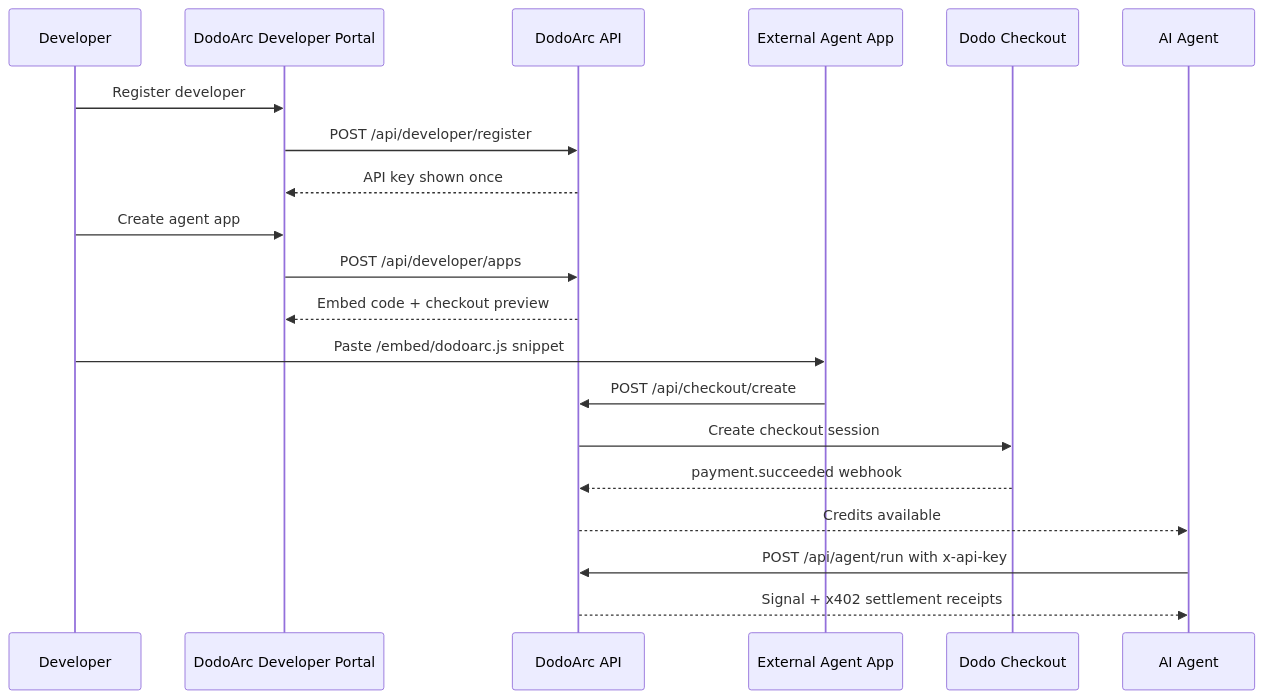
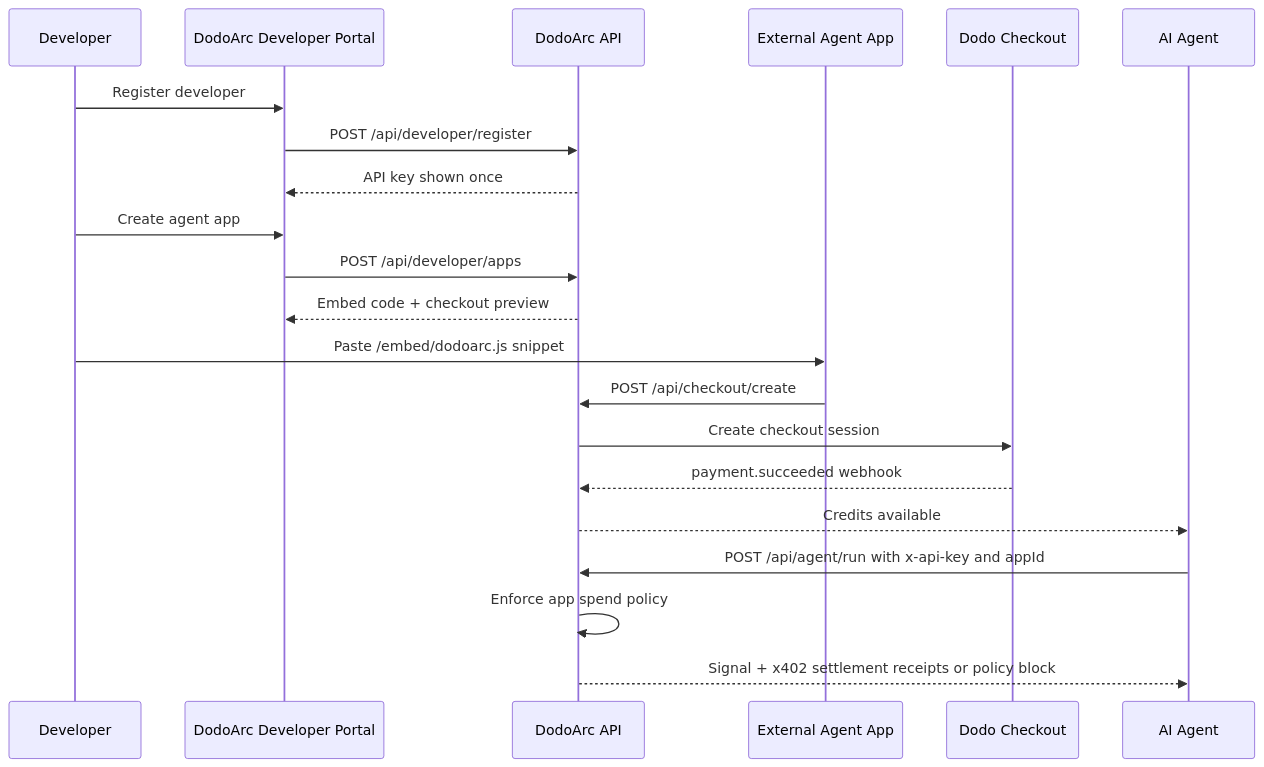
One commit to ShivamSoni20/DodoArc changed the third of 5 diagrams in README.md. Above: the diagram before and after it, drawn with Mermaid. The commit also changed other lines of this file and 20 other files, not shown here.

Commit message:
fix: preserve real subscriber data in dashboard flows

````diff
--- a/README.md
+++ b/README.md
@@ -211,23 +229,24 @@
 ```mermaid
 sequenceDiagram
     participant Dev as Developer
     participant Portal as DodoArc Developer Portal
     participant API as DodoArc API
     participant Site as External Agent App
     participant Dodo as Dodo Checkout
     participant Agent as AI Agent
 
     Dev->>Portal: Register developer
     Portal->>API: POST /api/developer/register
     API-->>Portal: API key shown once
     Dev->>Portal: Create agent app
     Portal->>API: POST /api/developer/apps
     API-->>Portal: Embed code + checkout preview
     Dev->>Site: Paste /embed/dodoarc.js snippet
     Site->>API: POST /api/checkout/create
     API->>Dodo: Create checkout session
     Dodo-->>API: payment.succeeded webhook
     API-->>Agent: Credits available
-    Agent->>API: POST /api/agent/run with x-api-key
-    API-->>Agent: Signal + x402 settlement receipts
+    Agent->>API: POST /api/agent/run with x-api-key and appId
+    API->>API: Enforce app spend policy
+    API-->>Agent: Signal + x402 settlement receipts or policy block
 ```
````
